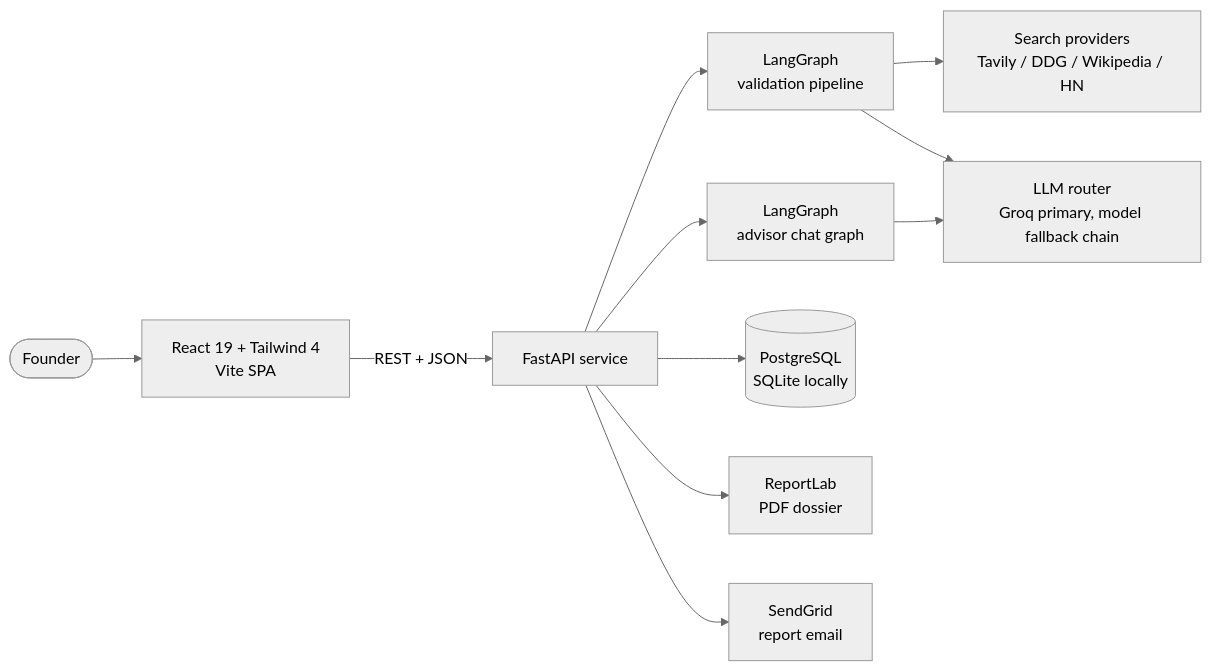
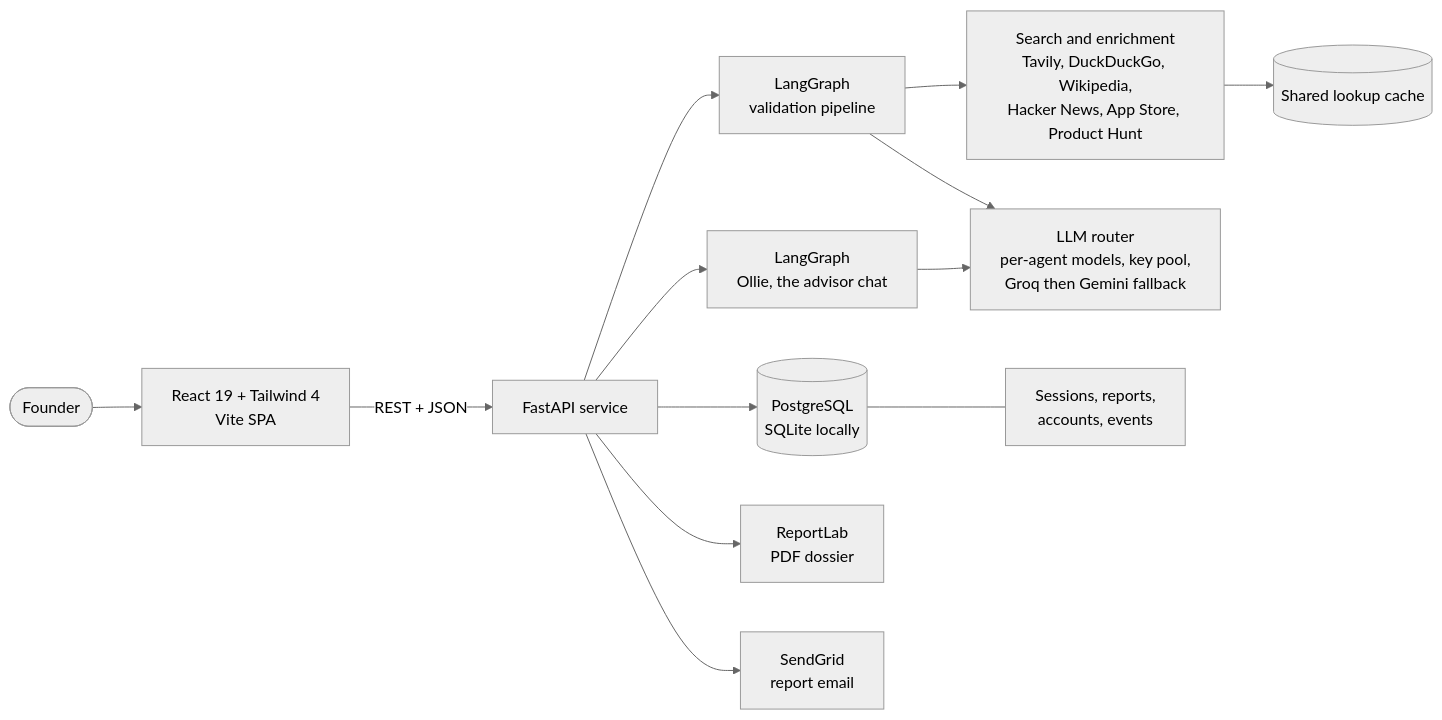
One commit to Yasaswini-ch/Development-of-AI-Based-Startup-Idea-Validator-with-Market-Analysis-Assistance changed the fourth of 4 diagrams in README.md. Above: the diagram before and after it, drawn with Mermaid (neutral theme). The commit also changed other lines of this file, not shown here.

Commit message:
docs(readme): refresh the pipeline and topology diagrams and add claim-checking and model-routing diagrams

````diff
--- a/README.md
+++ b/README.md
@@ -149,13 +200,15 @@
 ```mermaid
 flowchart LR
     U([Founder]) --> FE[React 19 + Tailwind 4<br/>Vite SPA]
     FE -->|REST + JSON| API[FastAPI service]
     API --> G[LangGraph<br/>validation pipeline]
-    API --> C[LangGraph<br/>advisor chat graph]
-    G --> S[Search providers<br/>Tavily / DDG / Wikipedia / HN]
-    G --> L[LLM router<br/>Groq primary, model fallback chain]
+    API --> C[LangGraph<br/>Ollie, the advisor chat]
+    G --> S[Search and enrichment<br/>Tavily, DuckDuckGo, Wikipedia,<br/>Hacker News, App Store, Product Hunt]
+    S --> WC[(Shared lookup cache)]
+    G --> L[LLM router<br/>per-agent models, key pool,<br/>Groq then Gemini fallback]
     C --> L
     API --> DB[(PostgreSQL<br/>SQLite locally)]
     API --> PDF[ReportLab<br/>PDF dossier]
     API --> M[SendGrid<br/>report email]
+    DB --- SS[Sessions, reports,<br/>accounts, events]
 ```
````
